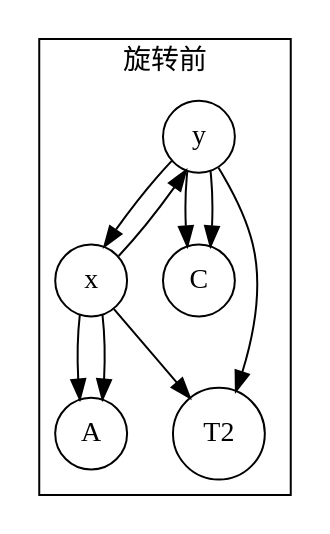
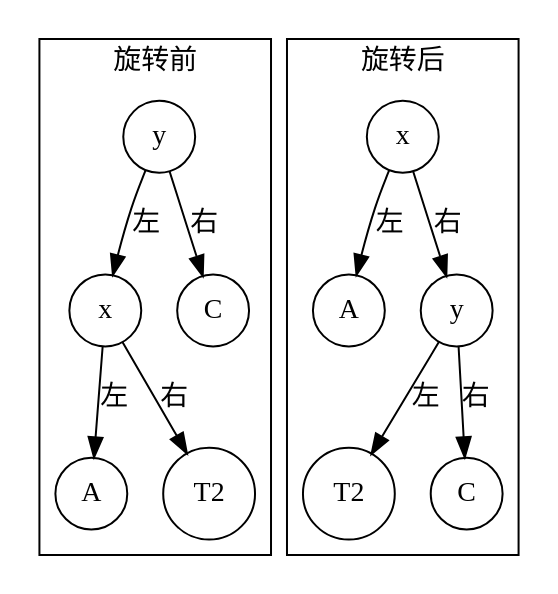
The first of 3 diagrams in content/chapter-08-search/03-balanced-search-tree.md (AzenAnn/DSA-Mastery), drawn with Graphviz before and after one commit. The commit also changed other lines of this file and 11 other files, not shown here.

First line of the commit message:
fix(ch08): correct graphviz diagram clusters and edge semantics

````diff
--- a/content/chapter-08-search/03-balanced-search-tree.md
+++ b/content/chapter-08-search/03-balanced-search-tree.md
@@ -28,20 +28,22 @@
 ```graphviz
 digraph RightRotate {
   rankdir=TB;
   node [shape=circle];
   subgraph cluster_before {
     label="旋转前";
-    y -> x;
-    y -> C;
-    x -> A;
-    x -> T2;
+    y1 [label="y"]; x1 [label="x"]; c1 [label="C"]; a1 [label="A"]; t1 [label="T2"];
+    y1 -> x1 [label="左"];
+    y1 -> c1 [label="右"];
+    x1 -> a1 [label="左"];
+    x1 -> t1 [label="右"];
   }
   subgraph cluster_after {
     label="旋转后";
-    x -> A;
-    x -> y;
-    y -> T2;
-    y -> C;
+    x2 [label="x"]; a2 [label="A"]; y2 [label="y"]; t2 [label="T2"]; c2 [label="C"];
+    x2 -> a2 [label="左"];
+    x2 -> y2 [label="右"];
+    y2 -> t2 [label="左"];
+    y2 -> c2 [label="右"];
   }
 }
 ```
````
